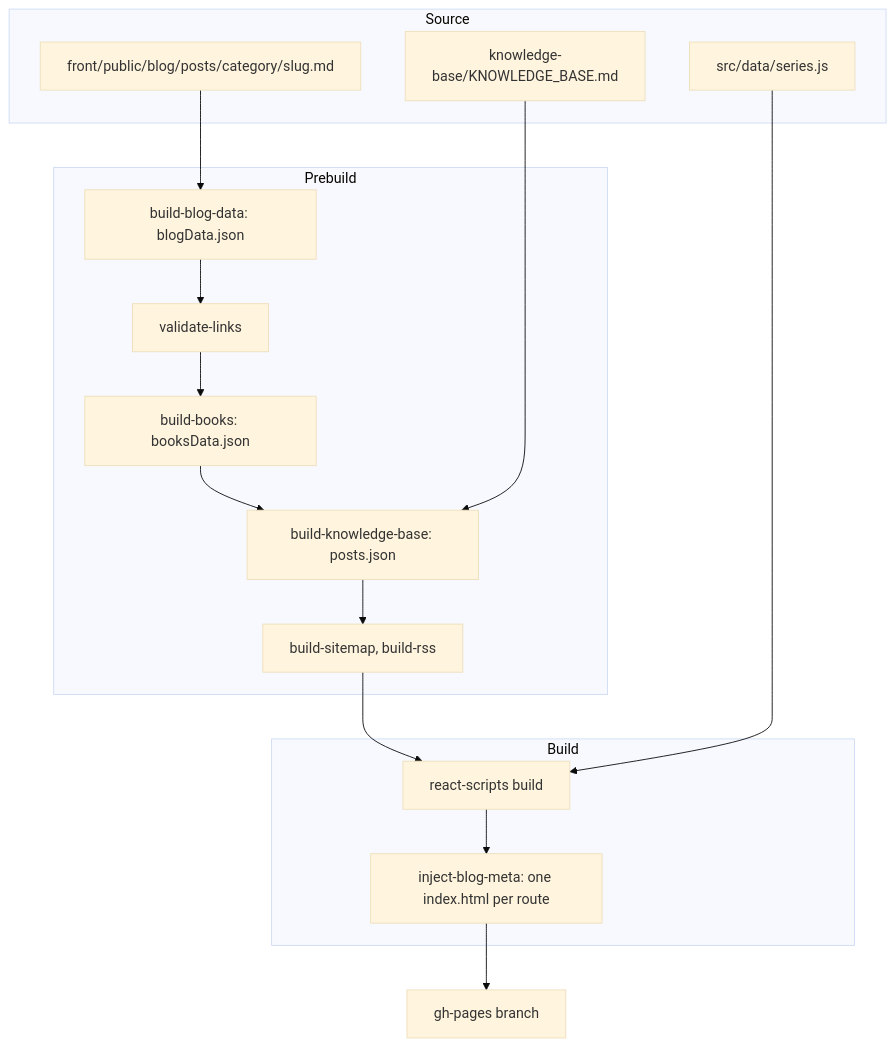
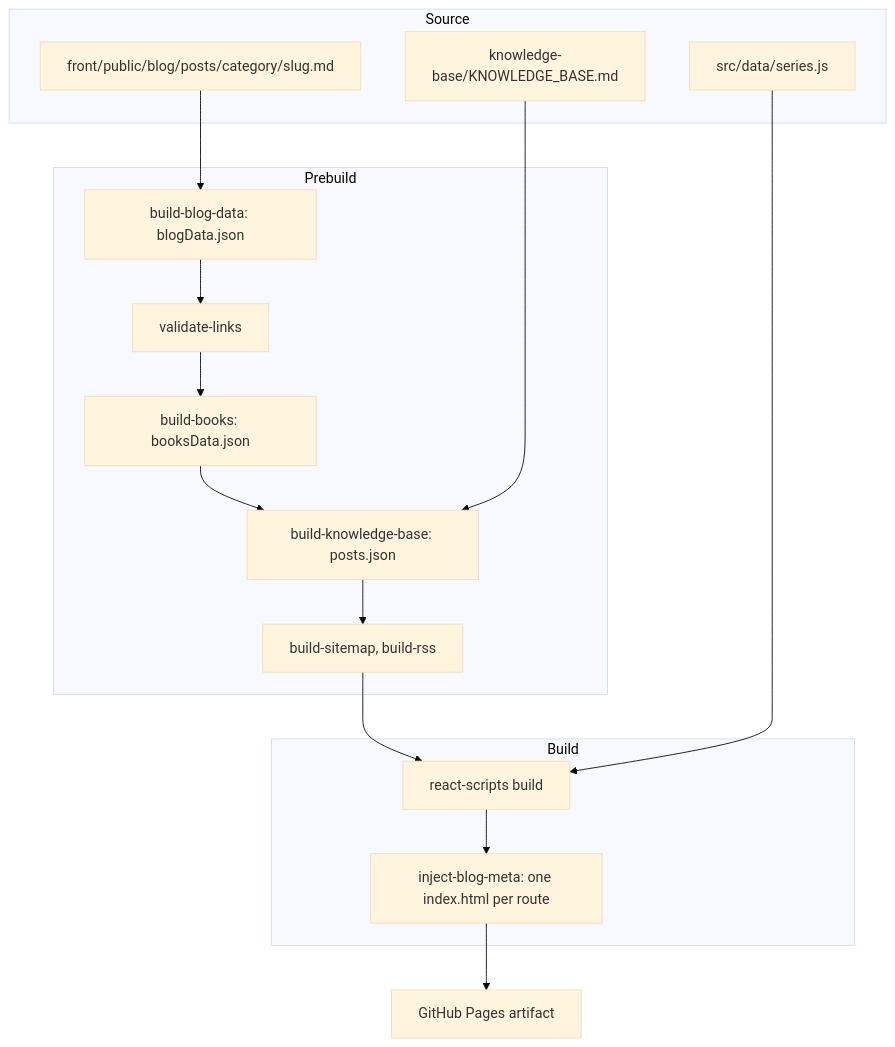
The diagram in docs/architecture.md (JuanLara18/portfolio), drawn with Mermaid (base theme) before and after one commit. The commit also changed other lines of this file and 10 other files, not shown here.

````diff
--- a/docs/architecture.md
+++ b/docs/architecture.md
@@ -9,22 +9,22 @@
 ```mermaid
 flowchart TD
     subgraph Source
         MD["front/public/blog/posts/category/slug.md"]
         SER["src/data/series.js"]
         KBMD["knowledge-base/KNOWLEDGE_BASE.md"]
     end
     subgraph Prebuild
         BD["build-blog-data: blogData.json"]
         VL["validate-links"]
         BB["build-books: booksData.json"]
         KB["build-knowledge-base: posts.json"]
         SM["build-sitemap, build-rss"]
     end
     subgraph Build
         CRA["react-scripts build"]
         INJ["inject-blog-meta: one index.html per route"]
     end
-    MD --> BD --> VL --> BB --> KB --> SM --> CRA --> INJ --> PAGES["gh-pages branch"]
+    MD --> BD --> VL --> BB --> KB --> SM --> CRA --> INJ --> PAGES["GitHub Pages artifact"]
     KBMD --> KB
     SER --> CRA
 ```
````
